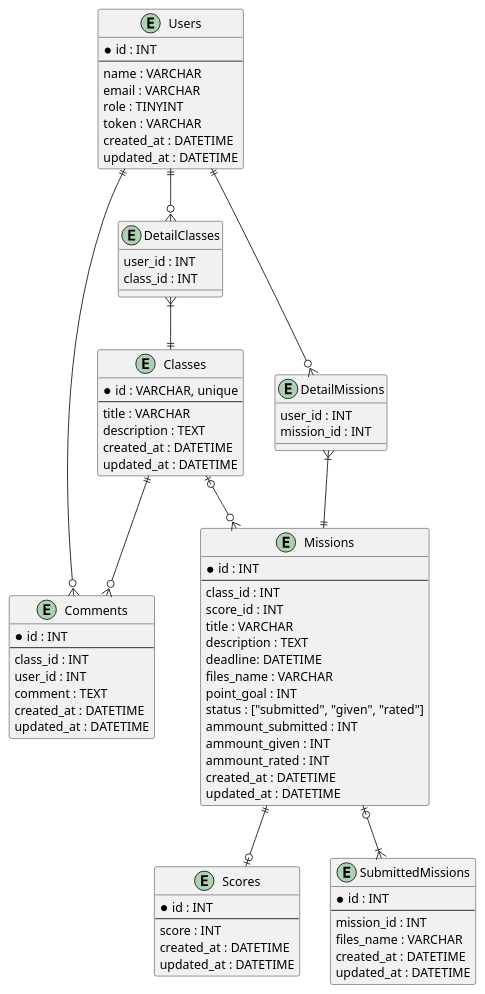
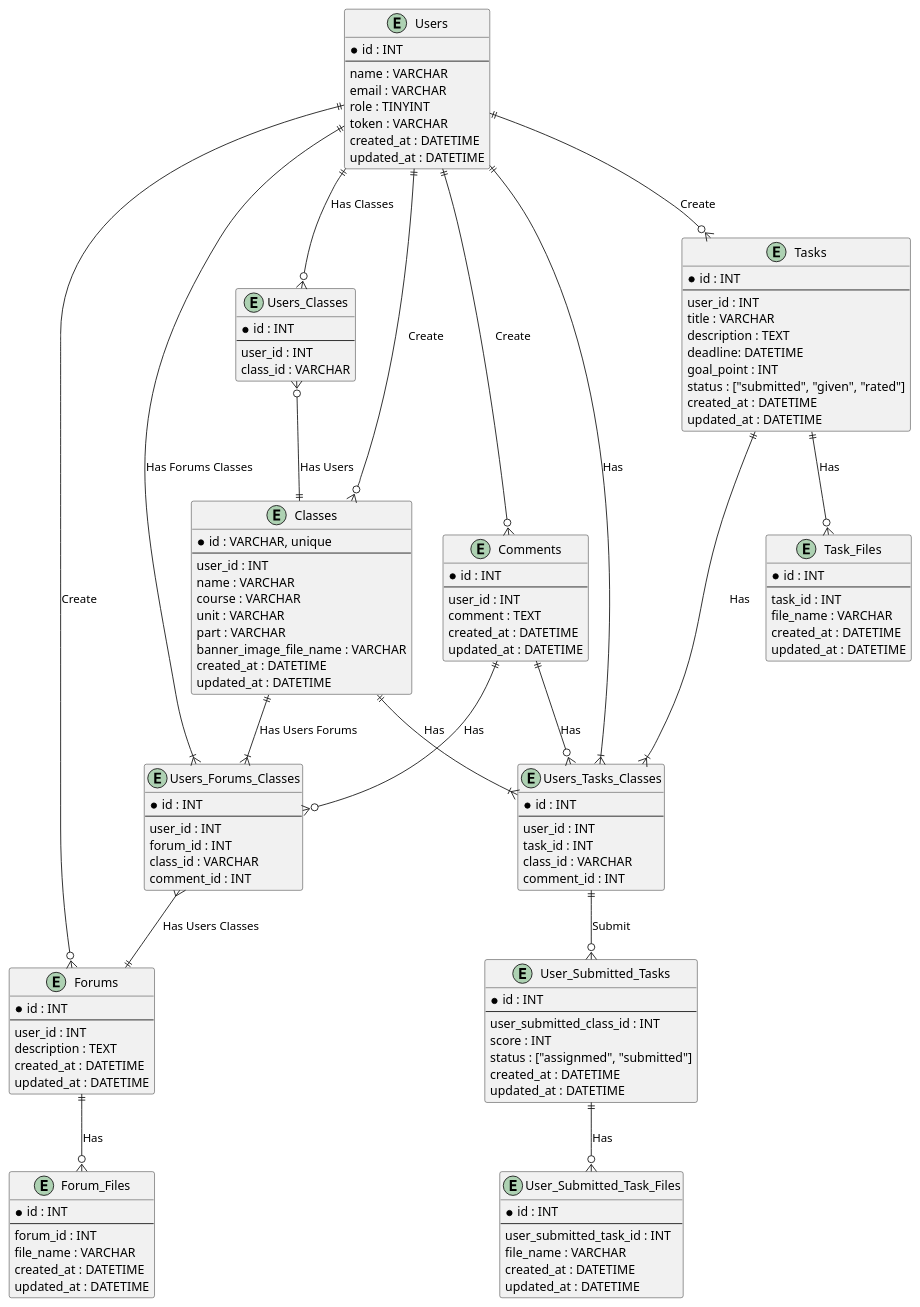
Before and after one commit to sahibul-nf/elearning-api: the diagram in docs/ERD.md, drawn with PlantUML. The commit also changed other lines of this file, not shown here.

Commit message:
⚗️ EXP: ERD

````diff
--- a/docs/ERD.md
+++ b/docs/ERD.md
@@ -27,7 +27,7 @@
     entity Comments {
         *id : INT
         --
-        class_id : INT
+        ' class_id : INT
         user_id : INT
         comment : TEXT
         created_at : DATETIME
@@ -37,79 +37,125 @@
     entity Classes {
         *id : VARCHAR, unique
         --
-        title : VARCHAR
+        user_id : INT
+        name : VARCHAR
+        course : VARCHAR
+        unit : VARCHAR
+        part : VARCHAR
+        banner_image_file_name : VARCHAR
+        created_at : DATETIME
+        updated_at : DATETIME
+    }
+
+    entity Forums {
+        *id : INT
+        --
+        user_id : INT
         description : TEXT
         created_at : DATETIME
         updated_at : DATETIME
     }
 
-    entity Scores {
+    entity Forum_Files {
         *id : INT
         --
-        score : INT
+        forum_id : INT
+        file_name : VARCHAR
         created_at : DATETIME
         updated_at : DATETIME
     }
 
-    entity Missions {
+    entity Tasks {
         *id : INT
         --
-        class_id : INT
-        score_id : INT
+        ' class_id : INT
+        user_id : INT
         title : VARCHAR
         description : TEXT
         deadline: DATETIME
-        files_name : VARCHAR
-        point_goal : INT
+        goal_point : INT
         status : ["submitted", "given", "rated"]
-        ammount_submitted : INT
-        ammount_given : INT
-        ammount_rated : INT
         created_at : DATETIME
         updated_at : DATETIME
     }
 
-    entity SubmittedMissions {
+    entity Task_Files {
         *id : INT
         --
-        mission_id : INT
-        files_name : VARCHAR
+        task_id : INT
+        file_name : VARCHAR
         created_at : DATETIME
         updated_at : DATETIME
     }
 
-    entity DetailClasses {
-        user_id : INT
-        class_id : INT
+    entity User_Submitted_Tasks {
+        *id : INT
+        --
+        user_submitted_class_id : INT
+        ' mission_id : INT
+        score : INT
+        status : ["assignmed", "submitted"]
+        created_at : DATETIME
+        updated_at : DATETIME
     }
 
-    entity DetailMissions {
-        user_id : INT
-        mission_id : INT
+    entity User_Submitted_Task_Files {
+        *id : INT
+        --
+        user_submitted_task_id : INT
+        file_name : VARCHAR
+        created_at : DATETIME
+        updated_at : DATETIME
     }
 
-    ' Table Users many to many Classes
-    Users ||--o{ DetailClasses
-    DetailClasses }|--|| Classes
+    entity Users_Classes {
+        *id : INT
+        --
+        user_id : INT
+        class_id : VARCHAR
+    }
 
-    ' Classes one to many Comments
-    Classes ||--o{ Comments
+    entity Users_Forums_Classes {
+        *id : INT
+        --
+        user_id : INT
+        forum_id : INT
+        class_id : VARCHAR
+        comment_id : INT
+    }
 
-    ' Users one to many Comments
-    Users ||--o{ Comments
+    entity Users_Tasks_Classes {
+        *id : INT
+        --
+        user_id : INT
+        task_id : INT
+        class_id : VARCHAR
+        comment_id : INT
+    }
 
-    ' Classes one to many Missions
-    Classes |o--o{ Missions
+    Users ||--o{ Classes : Create
+    Users ||--o{ Users_Classes : Has Classes
+    Users_Classes }o--|| Classes : Has Users
 
-    ' Missions one to many SubmittedMissions
-    Missions |o--|{ SubmittedMissions
+    Users ||--o{ Forums : Create
+    Users ||--|{ Users_Forums_Classes : Has Forums Classes
+    Classes ||--|{ Users_Forums_Classes : Has Users Forums
+    Users_Forums_Classes }--|| Forums : Has Users Classes
 
-    ' Users many to many Missions
-    Users ||--o{ DetailMissions
-    DetailMissions }|--|| Missions
+    Users ||--o{ Comments : Create
+    Comments ||--o{ Users_Forums_Classes : Has 
+    Comments ||--o{ Users_Tasks_Classes : Has
 
-    ' Missions one to one Scores
-    Missions ||--o| Scores
+    Users ||--o{ Tasks : Create
+    Users ||--|{ Users_Tasks_Classes : Has
+    Classes ||--|{ Users_Tasks_Classes : Has
+    Tasks ||--|{ Users_Tasks_Classes : Has
+
+    Users_Tasks_Classes ||--o{ User_Submitted_Tasks : Submit
+
+    Forums ||--o{ Forum_Files : Has
+    Tasks ||--o{ Task_Files : Has
+    User_Submitted_Tasks ||--o{ User_Submitted_Task_Files : Has
 
 @enduml
 ```
````
